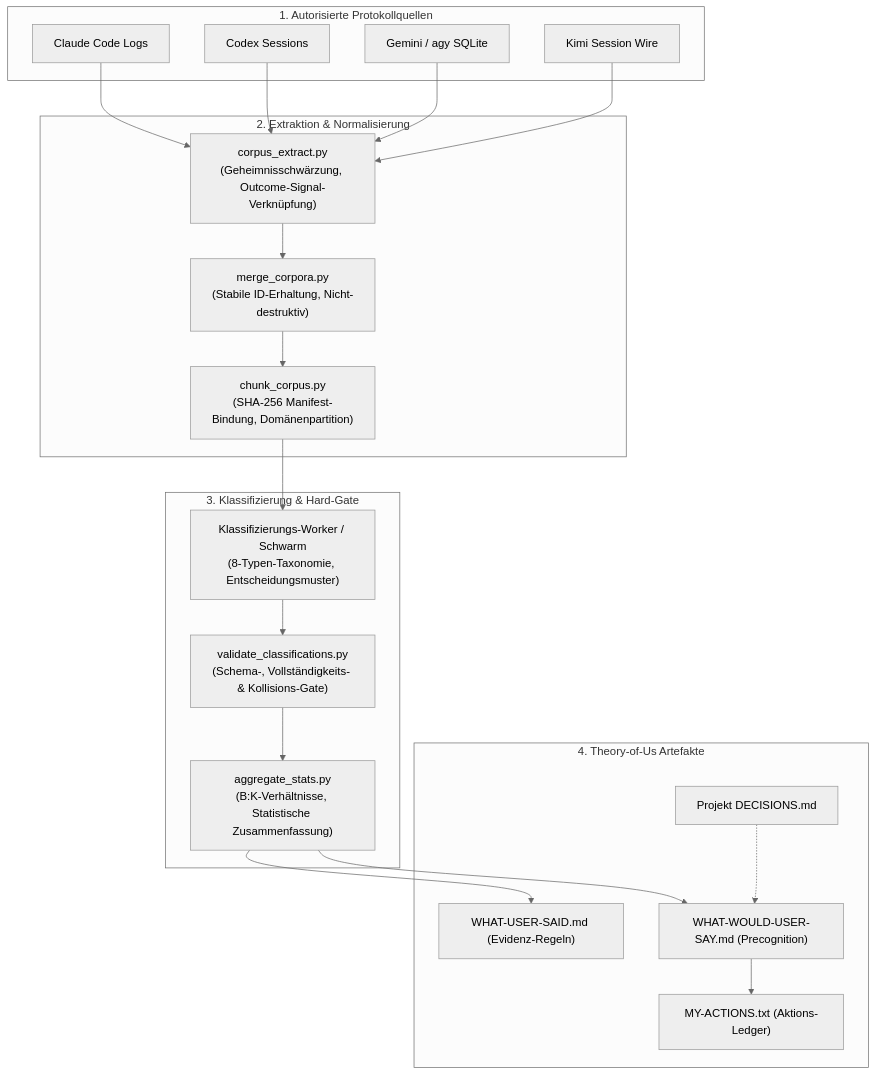
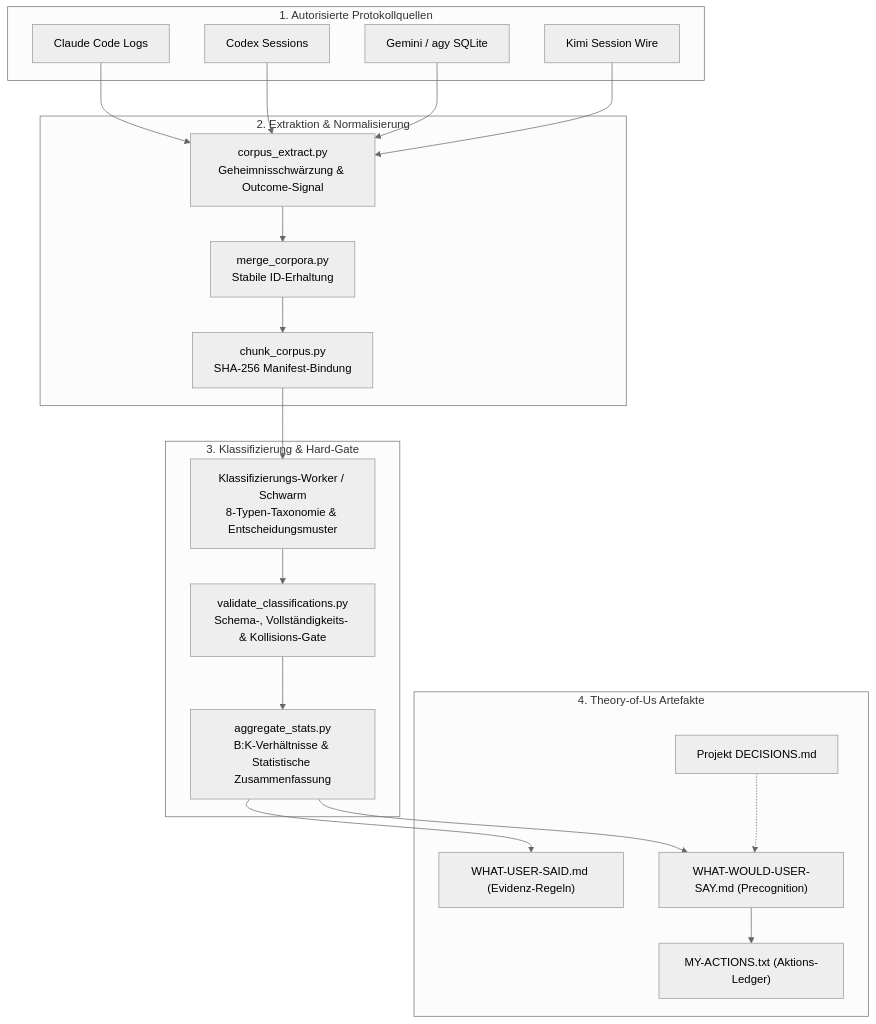
One commit to ellmos-ai/build-your-users-mind changed the first of 2 diagrams in README_de.md. Above: the diagram before and after it, drawn with Mermaid (neutral theme). The commit also changed other lines of this file and 10 other files, not shown here.

````diff
--- a/README_de.md
+++ b/README_de.md
@@ -38,42 +168,42 @@
 ```mermaid
 flowchart TD
     subgraph Sources["1. Autorisierte Protokollquellen"]
         CL["Claude Code Logs"]
         CX["Codex Sessions"]
         GM["Gemini / agy SQLite"]
         KM["Kimi Session Wire"]
     end
 
     subgraph Ingestion["2. Extraktion & Normalisierung"]
-        EXT["corpus_extract.py<br/>(Geheimnisschwärzung, Outcome-Signal-Verknüpfung)"]
-        MRG["merge_corpora.py<br/>(Stabile ID-Erhaltung, Nicht-destruktiv)"]
-        CHK["chunk_corpus.py<br/>(SHA-256 Manifest-Bindung, Domänenpartition)"]
+        EXT["corpus_extract.py<br/>Geheimnisschwärzung & Outcome-Signal"]
+        MRG["merge_corpora.py<br/>Stabile ID-Erhaltung"]
+        CHK["chunk_corpus.py<br/>SHA-256 Manifest-Bindung"]
     end
 
     subgraph Processing["3. Klassifizierung & Hard-Gate"]
-        CLS["Klassifizierungs-Worker / Schwarm<br/>(8-Typen-Taxonomie, Entscheidungsmuster)"]
-        VAL["validate_classifications.py<br/>(Schema-, Vollständigkeits- & Kollisions-Gate)"]
-        AGG["aggregate_stats.py<br/>(B:K-Verhältnisse, Statistische Zusammenfassung)"]
+        CLS["Klassifizierungs-Worker / Schwarm<br/>8-Typen-Taxonomie & Entscheidungsmuster"]
+        VAL["validate_classifications.py<br/>Schema-, Vollständigkeits- & Kollisions-Gate"]
+        AGG["aggregate_stats.py<br/>B:K-Verhältnisse & Statistische Zusammenfassung"]
     end
 
     subgraph Output["4. Theory-of-Us Artefakte"]
         DEC["Projekt DECISIONS.md"]
         WUS["WHAT-USER-SAID.md (Evidenz-Regeln)"]
         WWUS["WHAT-WOULD-USER-SAY.md (Precognition)"]
         ACT["MY-ACTIONS.txt (Aktions-Ledger)"]
     end
 
     CL --> EXT
     CX --> EXT
     GM --> EXT
     KM --> EXT
     EXT --> MRG
     MRG --> CHK
     CHK --> CLS
     CLS --> VAL
     VAL --> AGG
     AGG --> WUS
     AGG --> WWUS
     DEC -.-> WWUS
     WWUS --> ACT
 ```
````
